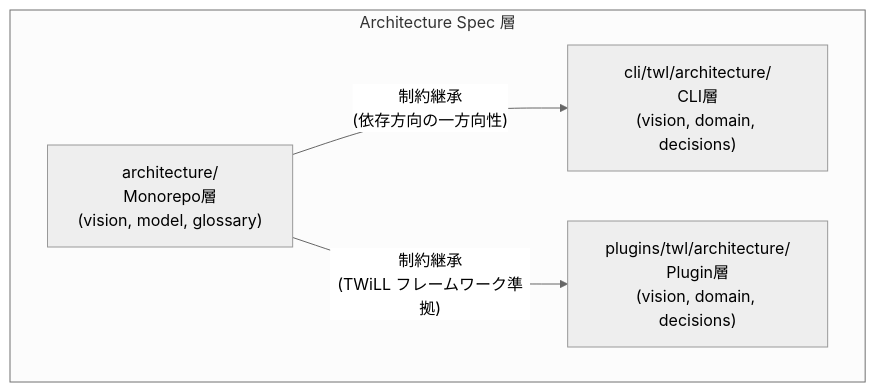
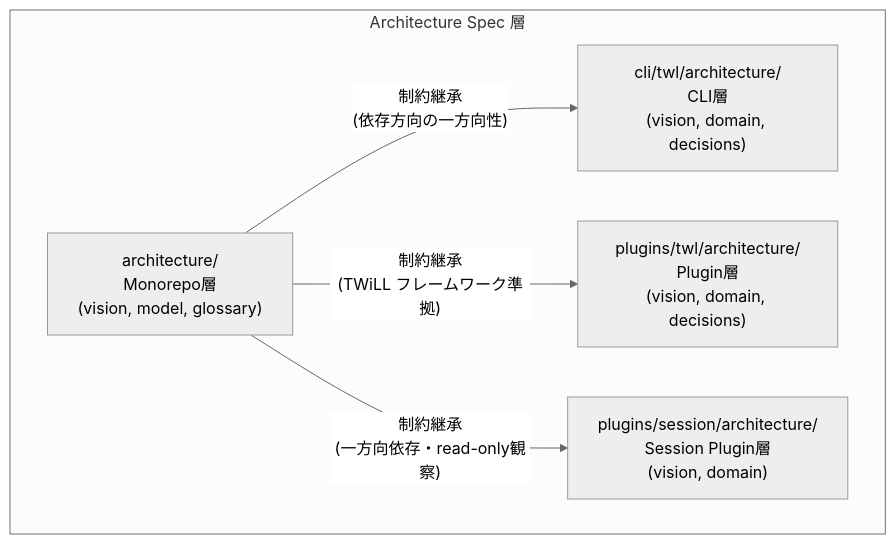
One commit to shuu5/twill changed the second of 2 diagrams in architecture/domain/context-map.md. Above: the diagram before and after it, drawn with Mermaid (neutral theme). The commit also changed other lines of this file and 2 other files, not shown here.

Commit message:
feat(session): add minimal architecture spec (#302)
- Add plugins/session/architecture/vision.md
  - Purpose: tmux session operation abstraction layer
  - Non-Goals: LLM judgment, state persistence
- Add plugins/session/architecture/domain/model.md
  - Define 3 concepts: Spawn, Fork, Observe
  - Document observe-loop pattern
  - Enforce one-directional dependency (plugins/twl → plugins/session)
- Update architecture/domain/context-map.md
  - Add Session Plugin layer to Architecture Spec 三層継承 diagram
  - Add table entry for plugins/session/architecture/

````diff
--- a/architecture/domain/context-map.md
+++ b/architecture/domain/context-map.md
@@ -19,11 +19,13 @@
 ```mermaid
 flowchart TD
     subgraph arch_layers["Architecture Spec 層"]
         MONO["architecture/<br/>Monorepo層<br/>(vision, model, glossary)"]
         CLI_ARCH["cli/twl/architecture/<br/>CLI層<br/>(vision, domain, decisions)"]
         PLUGIN_ARCH["plugins/twl/architecture/<br/>Plugin層<br/>(vision, domain, decisions)"]
+        SESSION_ARCH["plugins/session/architecture/<br/>Session Plugin層<br/>(vision, domain)"]
     end
 
     MONO -->|"制約継承<br/>(依存方向の一方向性)"| CLI_ARCH
     MONO -->|"制約継承<br/>(TWiLL フレームワーク準拠)"| PLUGIN_ARCH
+    MONO -->|"制約継承<br/>(一方向依存・read-only観察)"| SESSION_ARCH
 ```
````
